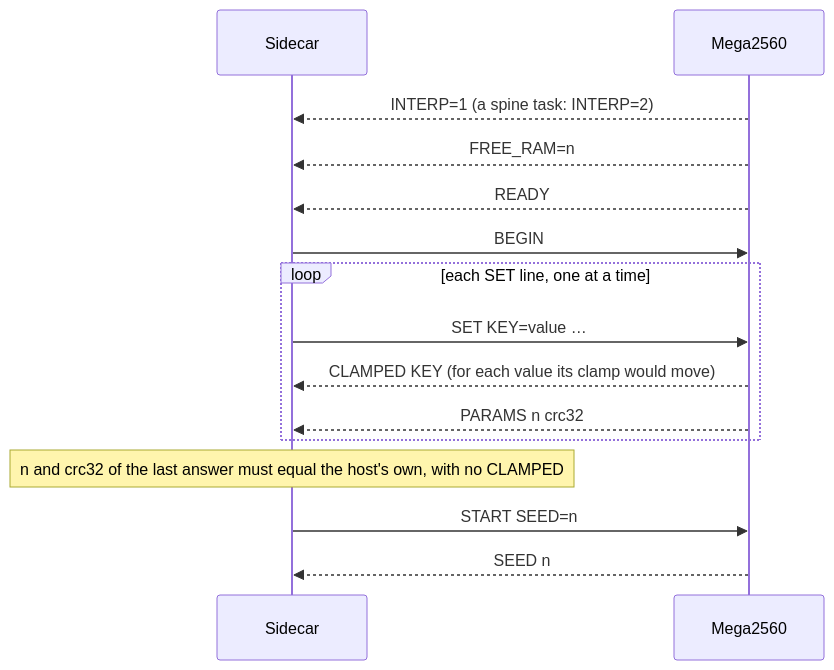
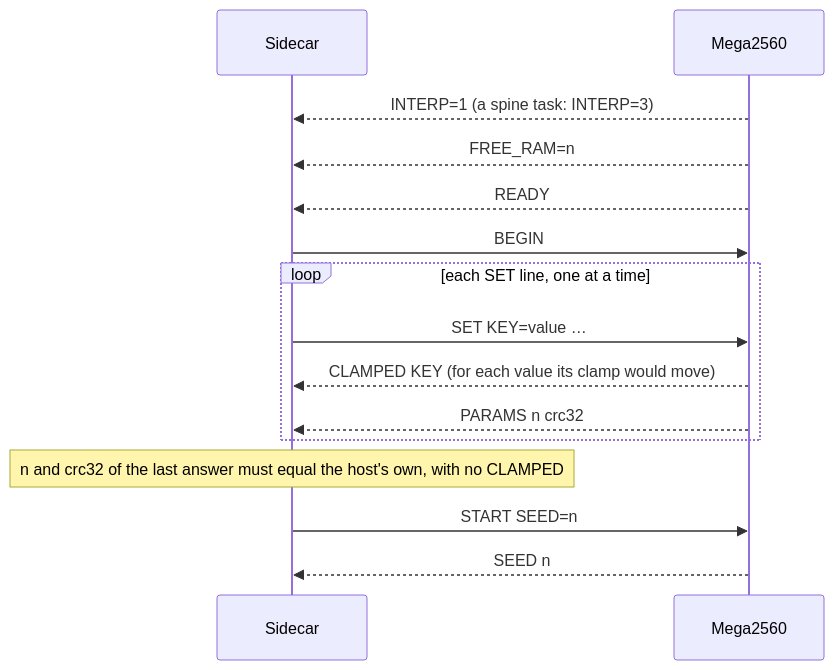
Before and after one commit to Chase-NJ/Ephymeris: the sixth of 7 diagrams in docs/TASKS.md, drawn with Mermaid. The commit also changed other lines of this file and 23 other files, not shown here.

````diff
--- a/docs/TASKS.md
+++ b/docs/TASKS.md
@@ -1091,17 +1120,17 @@
 ```mermaid
 sequenceDiagram
     participant Host as Sidecar
     participant Board as Mega2560
-    Board-->>Host: INTERP=1 (a spine task: INTERP=2)
+    Board-->>Host: INTERP=1 (a spine task: INTERP=3)
     Board-->>Host: FREE_RAM=n
     Board-->>Host: READY
     Host->>Board: BEGIN
     loop each SET line, one at a time
         Host->>Board: SET KEY=value …
         Board-->>Host: CLAMPED KEY (for each value its clamp would move)
         Board-->>Host: PARAMS n crc32
     end
     Note over Host: n and crc32 of the last answer must equal the host's own, with no CLAMPED
     Host->>Board: START SEED=n
     Board-->>Host: SEED n
 ```
````
